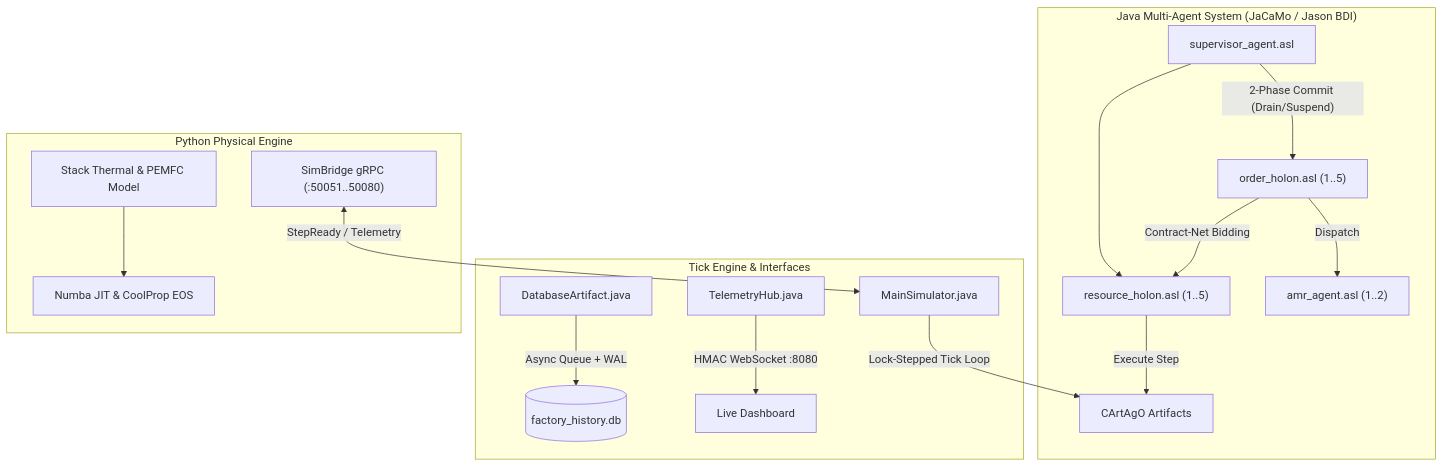
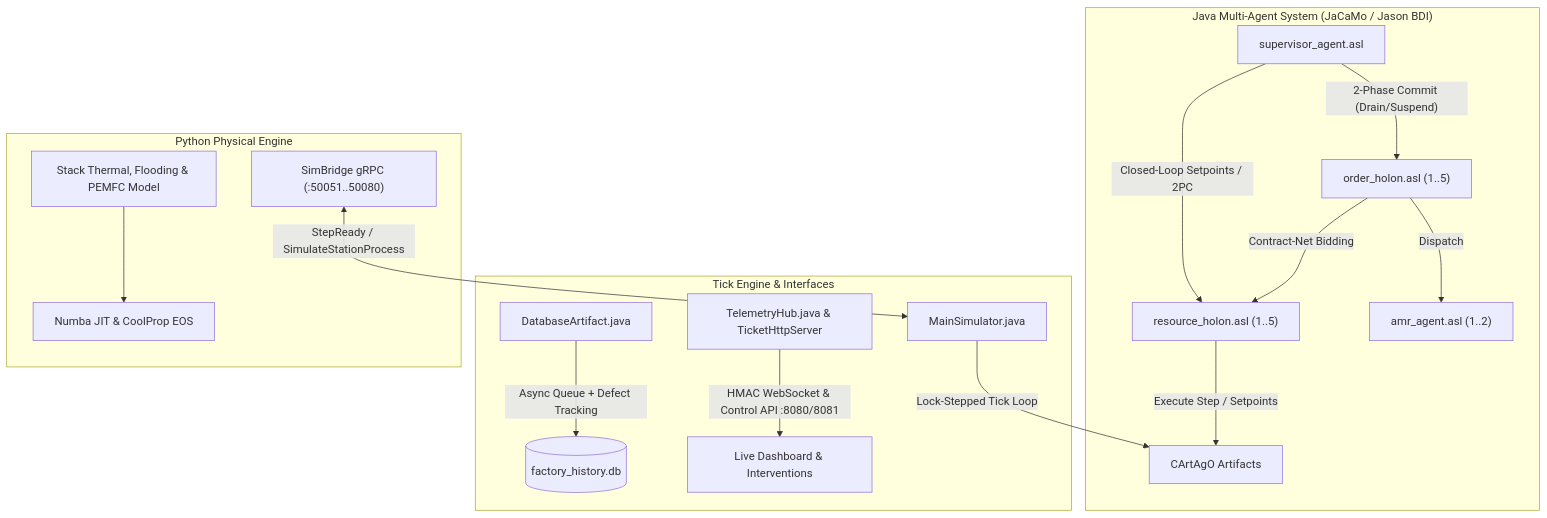
Before and after one commit to utczbr/Matrix_Factory: the diagram in README.md, drawn with Mermaid. The commit also changed other lines of this file and 29 other files, not shown here.

````diff
--- a/README.md
+++ b/README.md
@@ -15,21 +15,21 @@
 ```mermaid
 graph TD
     subgraph MAS ["Java Multi-Agent System (JaCaMo / Jason BDI)"]
-        SA["supervisor_agent.asl"] -->|"2-Phase Commit (Drain/Suspend)"| OH["order_holon.asl (1..5)"]
-        SA --> RH["resource_holon.asl (1..5)"]
+        SA["supervisor_agent.asl"] -->|"Closed-Loop Setpoints / 2PC"| RH["resource_holon.asl (1..5)"]
+        SA -->|"2-Phase Commit (Drain/Suspend)"| OH["order_holon.asl (1..5)"]
         OH -->|"Contract-Net Bidding"| RH
         OH -->|"Dispatch"| AMR["amr_agent.asl (1..2)"]
-        RH -->|"Execute Step"| CA["CArtAgO Artifacts"]
+        RH -->|"Execute Step / Setpoints"| CA["CArtAgO Artifacts"]
     end
 
     subgraph Sync ["Tick Engine & Interfaces"]
         MS["MainSimulator.java"] -->|"Lock-Stepped Tick Loop"| CA
-        DB["DatabaseArtifact.java"] -->|"Async Queue + WAL"| SQLite[("factory_history.db")]
-        WS["TelemetryHub.java"] -->|"HMAC WebSocket :8080"| Client["Live Dashboard"]
+        DB["DatabaseArtifact.java"] -->|"Async Queue + Defect Tracking"| SQLite[("factory_history.db")]
+        WS["TelemetryHub.java & TicketHttpServer"] -->|"HMAC WebSocket & Control API :8080/8081"| Client["Live Dashboard & Interventions"]
     end
 
     subgraph Physics ["Python Physical Engine"]
-        gRPC["SimBridge gRPC (:50051..50080)"] <-->|"StepReady / Telemetry"| MS
-        PEMFC["Stack Thermal & PEMFC Model"] --> LUT["Numba JIT & CoolProp EOS"]
+        gRPC["SimBridge gRPC (:50051..50080)"] <-->|"StepReady / SimulateStationProcess"| MS
+        PEMFC["Stack Thermal, Flooding & PEMFC Model"] --> LUT["Numba JIT & CoolProp EOS"]
     end
 ```
````
